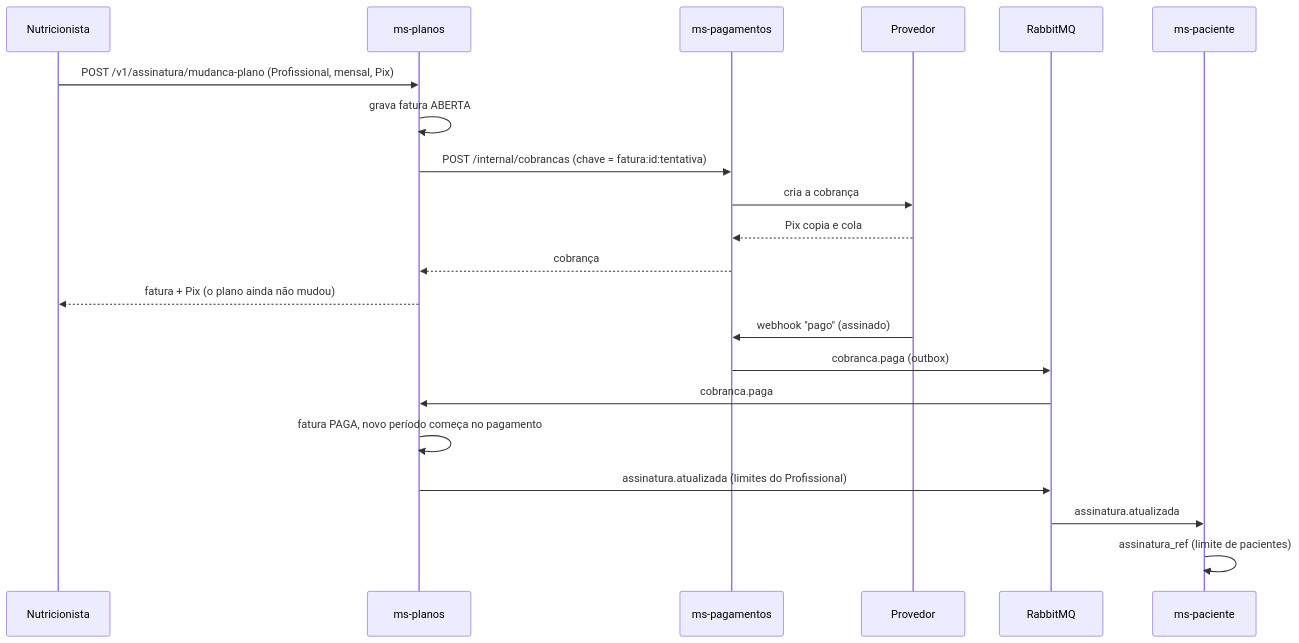
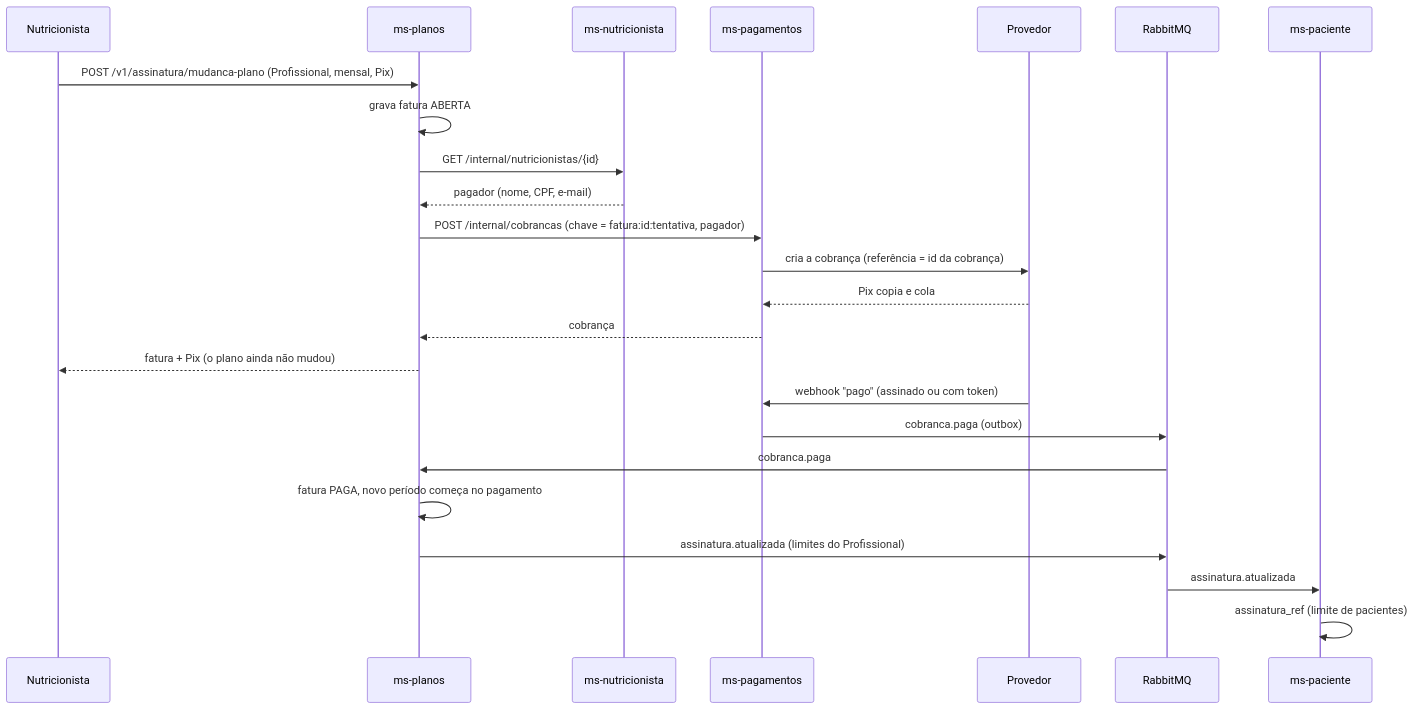
Before and after one commit to AFITCENTER/AFitCenter: the fourth of 4 diagrams in docs/ARQUITETURA.md, drawn with Mermaid. The commit also changed other lines of this file and 1 other file, not shown here.

````diff
--- a/docs/ARQUITETURA.md
+++ b/docs/ARQUITETURA.md
@@ -206,23 +207,26 @@
 ```mermaid
 sequenceDiagram
     participant N as Nutricionista
     participant PL as ms-planos
+    participant NU as ms-nutricionista
     participant PG as ms-pagamentos
     participant PR as Provedor
     participant Q as RabbitMQ
     participant PA as ms-paciente
     N->>PL: POST /v1/assinatura/mudanca-plano (Profissional, mensal, Pix)
     PL->>PL: grava fatura ABERTA
-    PL->>PG: POST /internal/cobrancas (chave = fatura:id:tentativa)
-    PG->>PR: cria a cobrança
+    PL->>NU: GET /internal/nutricionistas/{id}
+    NU-->>PL: pagador (nome, CPF, e-mail)
+    PL->>PG: POST /internal/cobrancas (chave = fatura:id:tentativa, pagador)
+    PG->>PR: cria a cobrança (referência = id da cobrança)
     PR-->>PG: Pix copia e cola
     PG-->>PL: cobrança
     PL-->>N: fatura + Pix (o plano ainda não mudou)
-    PR->>PG: webhook "pago" (assinado)
+    PR->>PG: webhook "pago" (assinado ou com token)
     PG->>Q: cobranca.paga (outbox)
     Q->>PL: cobranca.paga
     PL->>PL: fatura PAGA, novo período começa no pagamento
     PL->>Q: assinatura.atualizada (limites do Profissional)
     Q->>PA: assinatura.atualizada
     PA->>PA: assinatura_ref (limite de pacientes)
 ```
````
